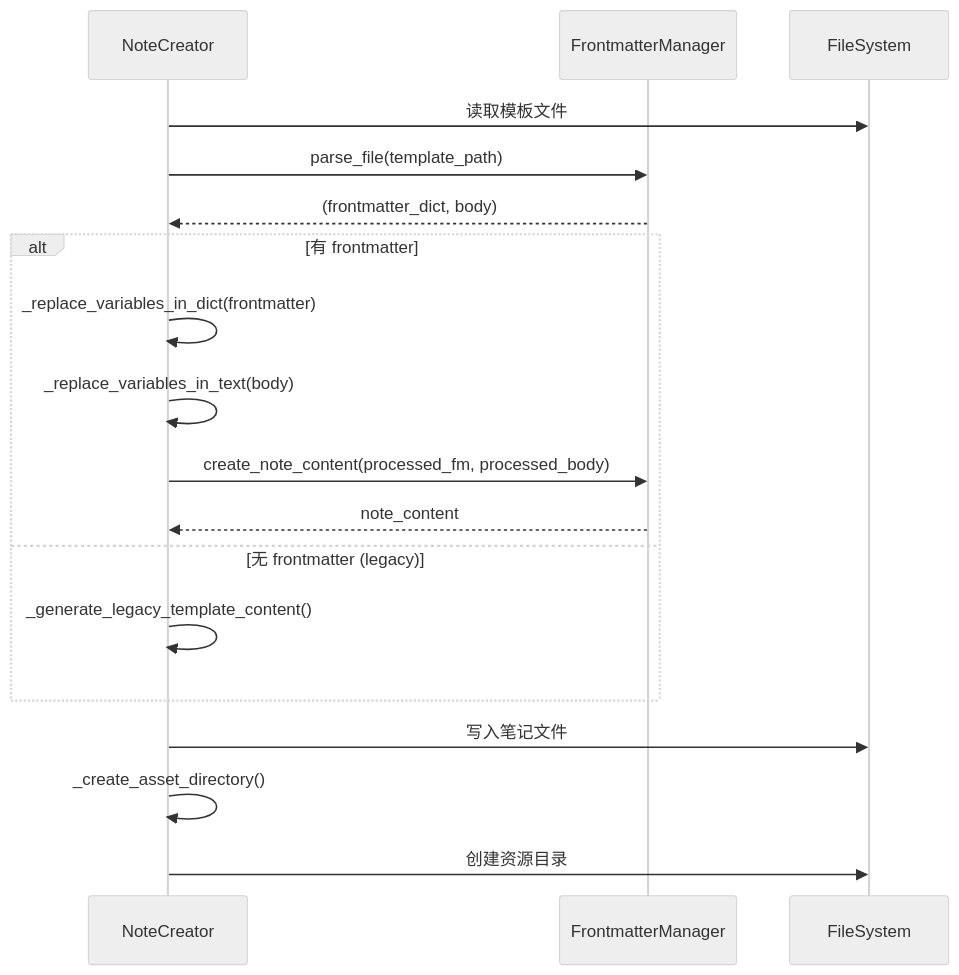
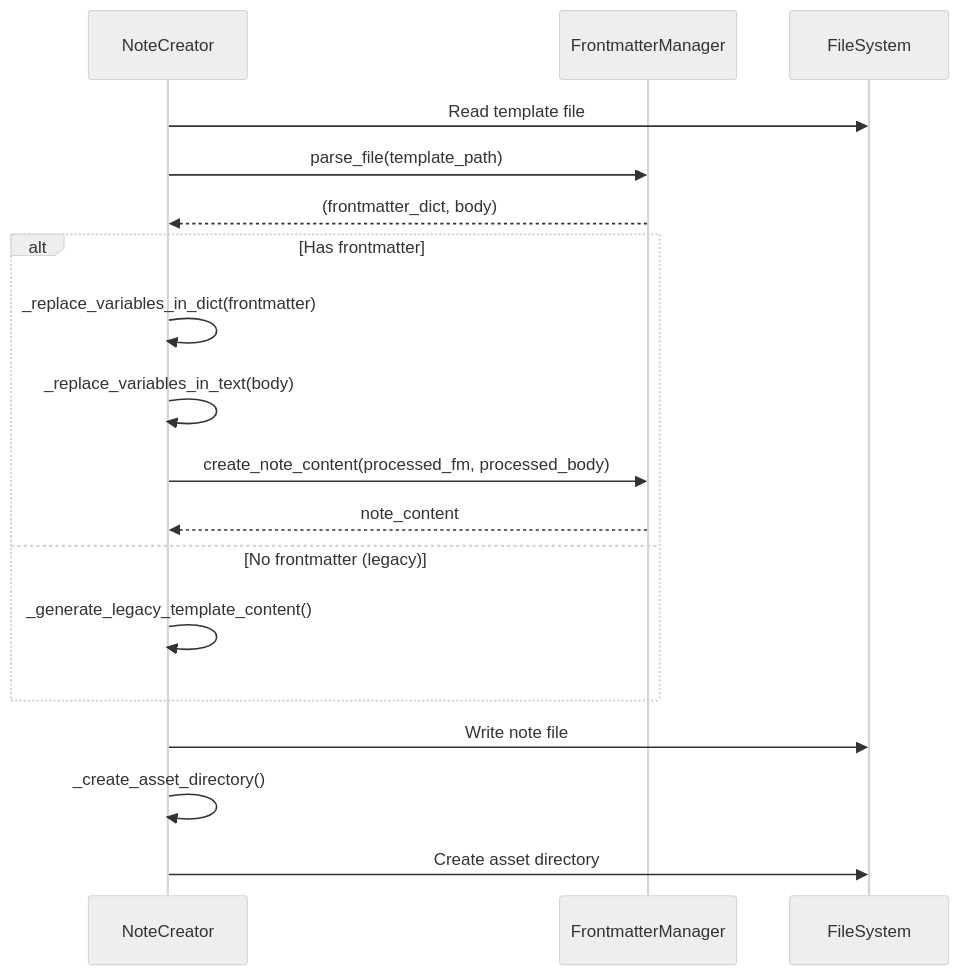
Before and after one commit to virtualguard101/mkdocs-note: the third of 9 diagrams in docs/contributing/architecture.md, drawn with Mermaid (neutral theme). The commit also changed other lines of this file and 3 other files, not shown here.

````diff
--- a/docs/contributing/architecture.md
+++ b/docs/contributing/architecture.md
@@ -322,23 +312,23 @@
 ```mermaid
 sequenceDiagram
     participant Creator as NoteCreator
     participant FM as FrontmatterManager
     participant FS as FileSystem
     
-    Creator->>FS: 读取模板文件
+    Creator->>FS: Read template file
     Creator->>FM: parse_file(template_path)
     FM-->>Creator: (frontmatter_dict, body)
     
-    alt 有 frontmatter
+    alt Has frontmatter
         Creator->>Creator: _replace_variables_in_dict(frontmatter)
         Creator->>Creator: _replace_variables_in_text(body)
         Creator->>FM: create_note_content(processed_fm, processed_body)
         FM-->>Creator: note_content
-    else 无 frontmatter (legacy)
+    else No frontmatter (legacy)
         Creator->>Creator: _generate_legacy_template_content()
     end
     
-    Creator->>FS: 写入笔记文件
+    Creator->>FS: Write note file
     Creator->>Creator: _create_asset_directory()
-    Creator->>FS: 创建资源目录
+    Creator->>FS: Create asset directory
 ```
````
